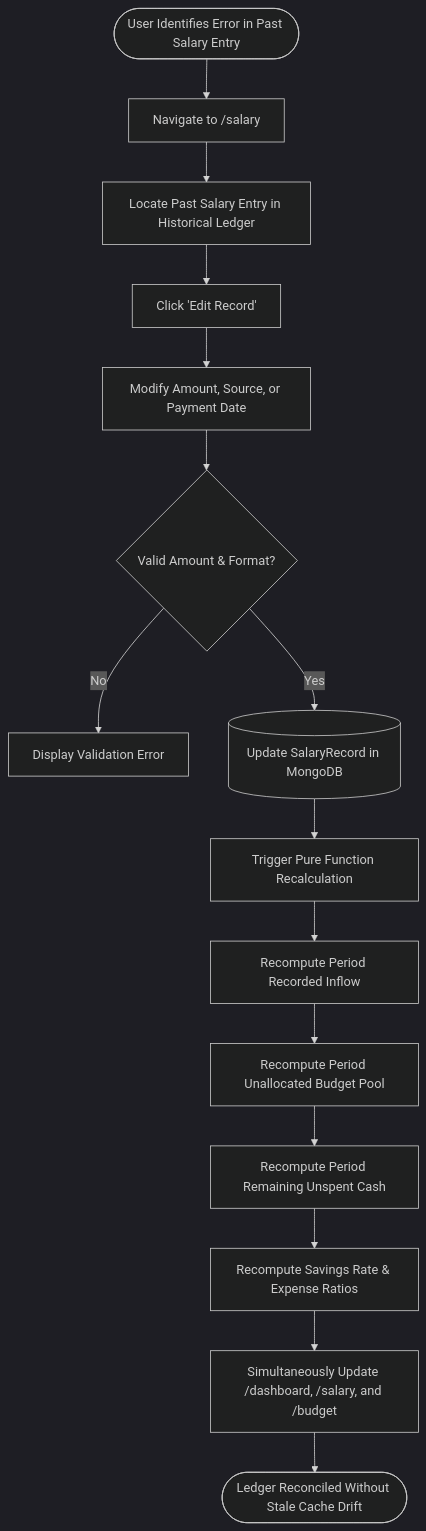
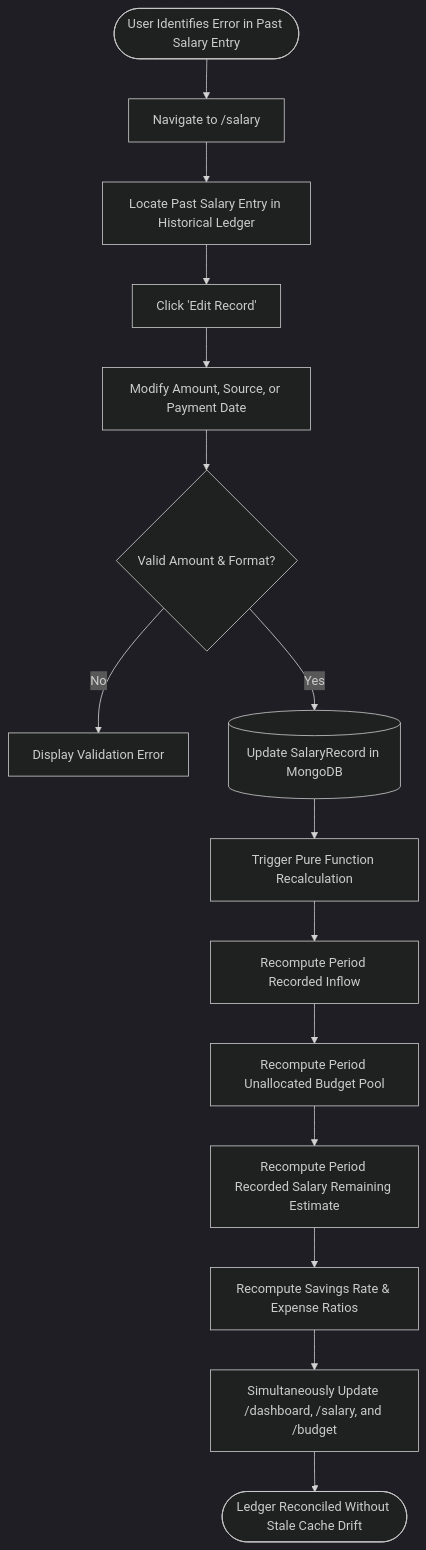
The fifth of 6 diagrams in docs/phase-2-information-architecture-and-user-flows.md (zainrubi/Fintrack), drawn with Mermaid (dark theme) before and after one commit. The commit also changed other lines of this file and 1 other file, not shown here.

````diff
--- a/docs/phase-2-information-architecture-and-user-flows.md
+++ b/docs/phase-2-information-architecture-and-user-flows.md
@@ -243,20 +242,20 @@
 ```mermaid
 flowchart TD
     Correction([User Identifies Error in Past Salary Entry]) --> NavSalary[Navigate to /salary]
     NavSalary --> SelectRecord[Locate Past Salary Entry in Historical Ledger]
     SelectRecord --> ClickEdit[Click 'Edit Record']
     ClickEdit --> EditForm[Modify Amount, Source, or Payment Date]
 
     EditForm --> ValidateEdit{Valid Amount & Format?}
     ValidateEdit -- No --> ShowEditError[Display Validation Error]
     ValidateEdit -- Yes --> UpdateSalaryDB[(Update SalaryRecord in MongoDB)]
 
     UpdateSalaryDB --> TriggerAtomicRecalc[Trigger Pure Function Recalculation]
     TriggerAtomicRecalc --> RecalcInflow[Recompute Period Recorded Inflow]
     RecalcInflow --> RecalcUnallocated[Recompute Period Unallocated Budget Pool]
-    RecalcUnallocated --> RecalcBurn[Recompute Period Remaining Unspent Cash]
+    RecalcUnallocated --> RecalcBurn[Recompute Period Recorded Salary Remaining Estimate]
     RecalcBurn --> RecalcRatios[Recompute Savings Rate & Expense Ratios]
 
     RecalcRatios --> ReconcileViews[Simultaneously Update /dashboard, /salary, and /budget]
     ReconcileViews --> CompleteCorrection([Ledger Reconciled Without Stale Cache Drift])
 ```
````
